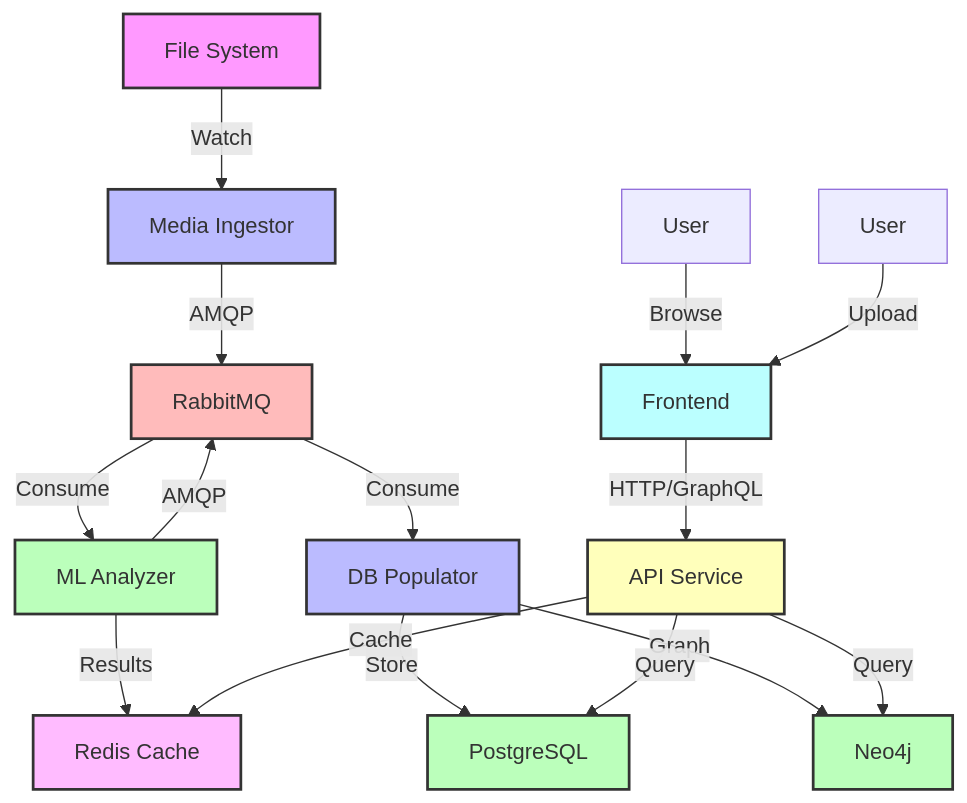
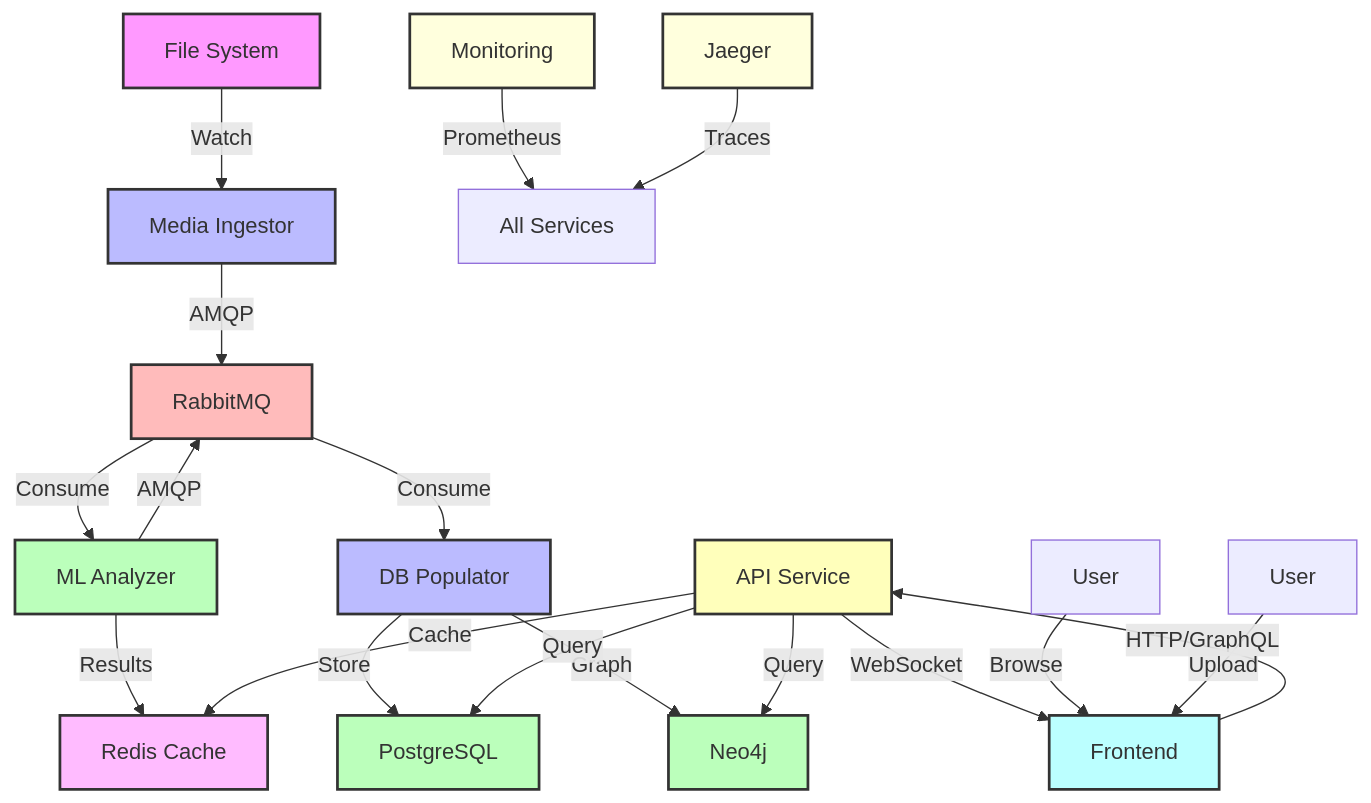
The diagram in docs/architecture/overview.md (SimplicityGuy/apollonia), drawn with Mermaid before and after one commit. The commit also changed other lines of this file and 30 other files, not shown here.

First line of the commit message:
fix: resolve all type checking and linting errors across frontend and backend

````diff
--- a/docs/architecture/overview.md
+++ b/docs/architecture/overview.md
@@ -11,28 +11,33 @@
 ```mermaid
 graph TD
     A[File System] -->|Watch| B[Media Ingestor]
     B -->|AMQP| C[RabbitMQ]
     C -->|Consume| D[ML Analyzer]
     C -->|Consume| E[DB Populator]
     D -->|Results| F[Redis Cache]
     D -->|AMQP| C
     E -->|Store| G[PostgreSQL]
     E -->|Graph| H[Neo4j]
     I[API Service] -->|Query| G
     I -->|Query| H
     I -->|Cache| F
-    J[Frontend] -->|HTTP/GraphQL| I
+    I -->|WebSocket| J[Frontend]
+    J -->|HTTP/GraphQL| I
     K[User] -->|Browse| J
     L[User] -->|Upload| J
+    M[Monitoring] -->|Prometheus| N[All Services]
+    O[Jaeger] -->|Traces| N
 
     style A fill:#f9f,stroke:#333,stroke-width:2px
     style B fill:#bbf,stroke:#333,stroke-width:2px
     style C fill:#fbb,stroke:#333,stroke-width:2px
     style D fill:#bfb,stroke:#333,stroke-width:2px
     style E fill:#bbf,stroke:#333,stroke-width:2px
     style F fill:#fbf,stroke:#333,stroke-width:2px
     style G fill:#bfb,stroke:#333,stroke-width:2px
     style H fill:#bfb,stroke:#333,stroke-width:2px
     style I fill:#ffb,stroke:#333,stroke-width:2px
     style J fill:#bff,stroke:#333,stroke-width:2px
+    style M fill:#ffd,stroke:#333,stroke-width:2px
+    style O fill:#ffd,stroke:#333,stroke-width:2px
 ```
````
